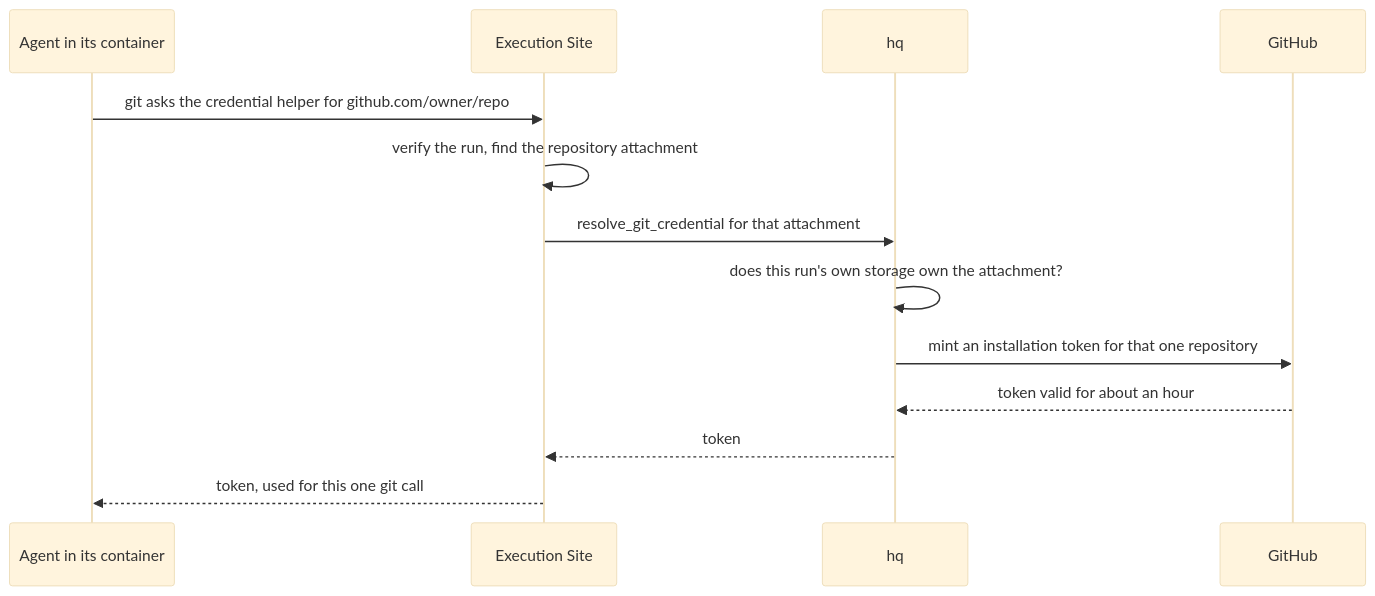
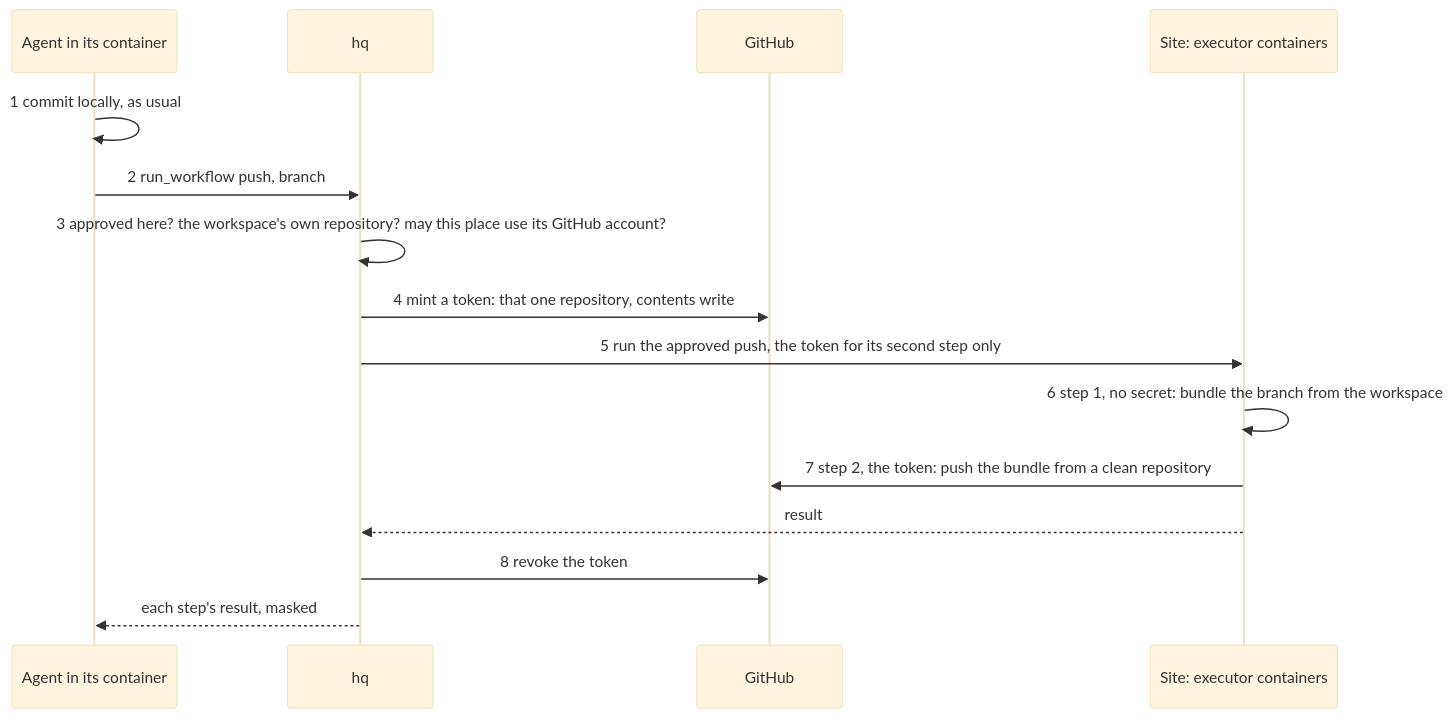
One commit to solution84-com/agenthix changed the diagram in docs/concepts/git/git-access.md. Above: the diagram before and after it, drawn with Mermaid (base theme). The commit also changed other lines of this file and 21 other files, not shown here.

Commit message:
docs: architecture, concepts and decision records describe workflows, the executor, the egress proxy, masking and the mint gate, with no git credential helper

````diff
--- a/docs/concepts/git/git-access.md
+++ b/docs/concepts/git/git-access.md
@@ -6,15 +6,17 @@
 ```mermaid
 sequenceDiagram
     participant A as Agent in its container
-    participant S as Execution Site
     participant H as hq
     participant G as GitHub
-    A->>S: git asks the credential helper for github.com/owner/repo
-    S->>S: verify the run, find the repository attachment
-    S->>H: resolve_git_credential for that attachment
-    H->>H: does this run's own storage own the attachment?
-    H->>G: mint an installation token for that one repository
-    G-->>H: token valid for about an hour
-    H-->>S: token
-    S-->>A: token, used for this one git call
+    participant S as Site: executor containers
+    A->>A: 1 commit locally, as usual
+    A->>H: 2 run_workflow push, branch
+    H->>H: 3 approved here? the workspace's own repository? may this place use its GitHub account?
+    H->>G: 4 mint a token: that one repository, contents write
+    H->>S: 5 run the approved push, the token for its second step only
+    S->>S: 6 step 1, no secret: bundle the branch from the workspace
+    S->>G: 7 step 2, the token: push the bundle from a clean repository
+    S-->>H: result
+    H->>G: 8 revoke the token
+    H-->>A: each step's result, masked
 ```
````
